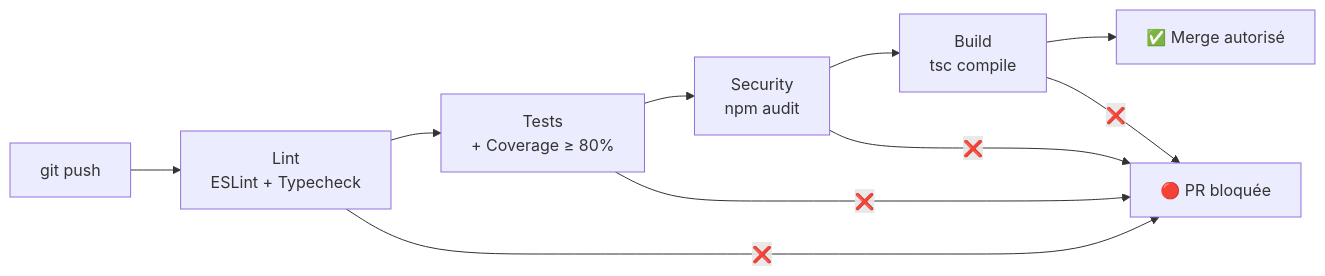
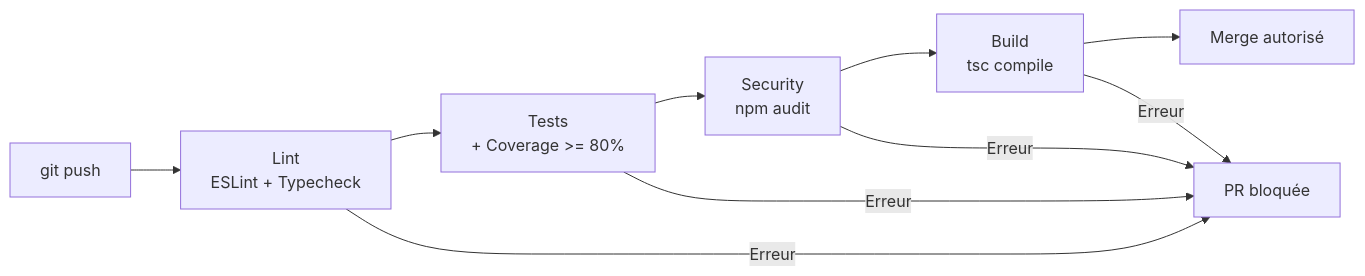
One commit to Anasoufkir/Syst-me-de-Nutrition-Intelligente changed the fourth of 4 diagrams in README.md. Above: the diagram before and after it, drawn with Mermaid. The commit also changed other lines of this file, not shown here.

````diff
--- a/README.md
+++ b/README.md
@@ -430,13 +433,13 @@
 ```mermaid
 graph LR
     Push["git push"] --> L["Lint\nESLint + Typecheck"]
-    L --> T["Tests\n+ Coverage ≥ 80%"]
+    L --> T["Tests\n+ Coverage >= 80%"]
     T --> S["Security\nnpm audit"]
     S --> B["Build\ntsc compile"]
-    B --> OK["✅ Merge autorisé"]
+    B --> OK["Merge autorisé"]
 
-    L -- ❌ --> FAIL["🔴 PR bloquée"]
-    T -- ❌ --> FAIL
-    S -- ❌ --> FAIL
-    B -- ❌ --> FAIL
+    L -- Erreur --> FAIL["PR bloquée"]
+    T -- Erreur --> FAIL
+    S -- Erreur --> FAIL
+    B -- Erreur --> FAIL
 ```
````
